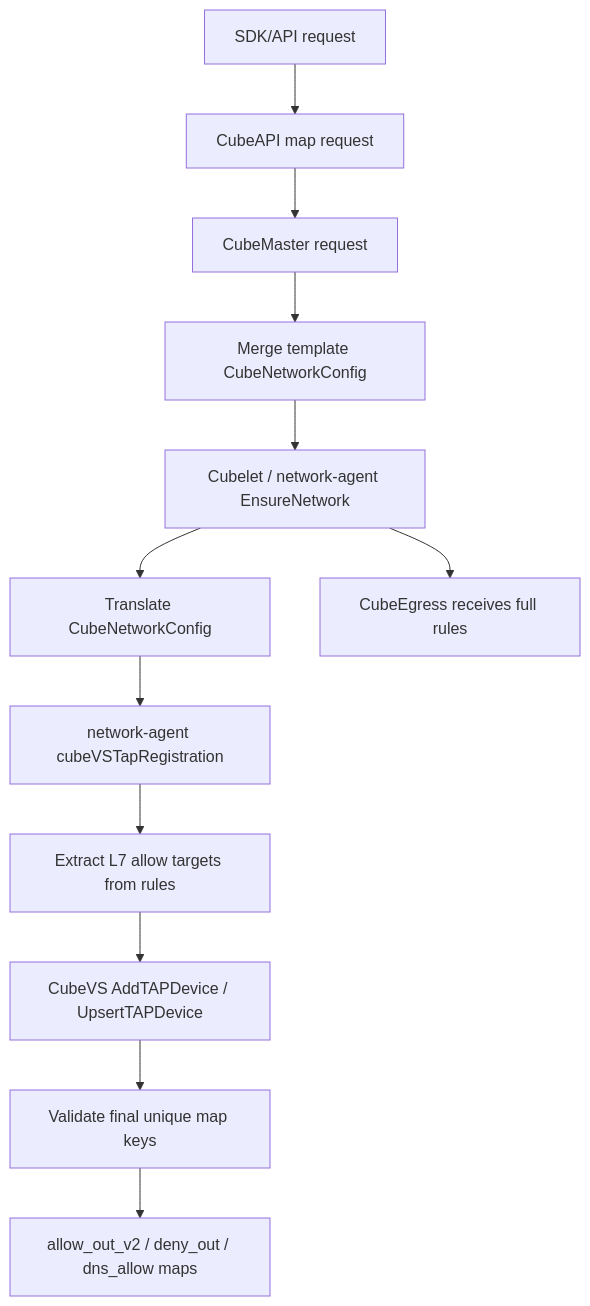
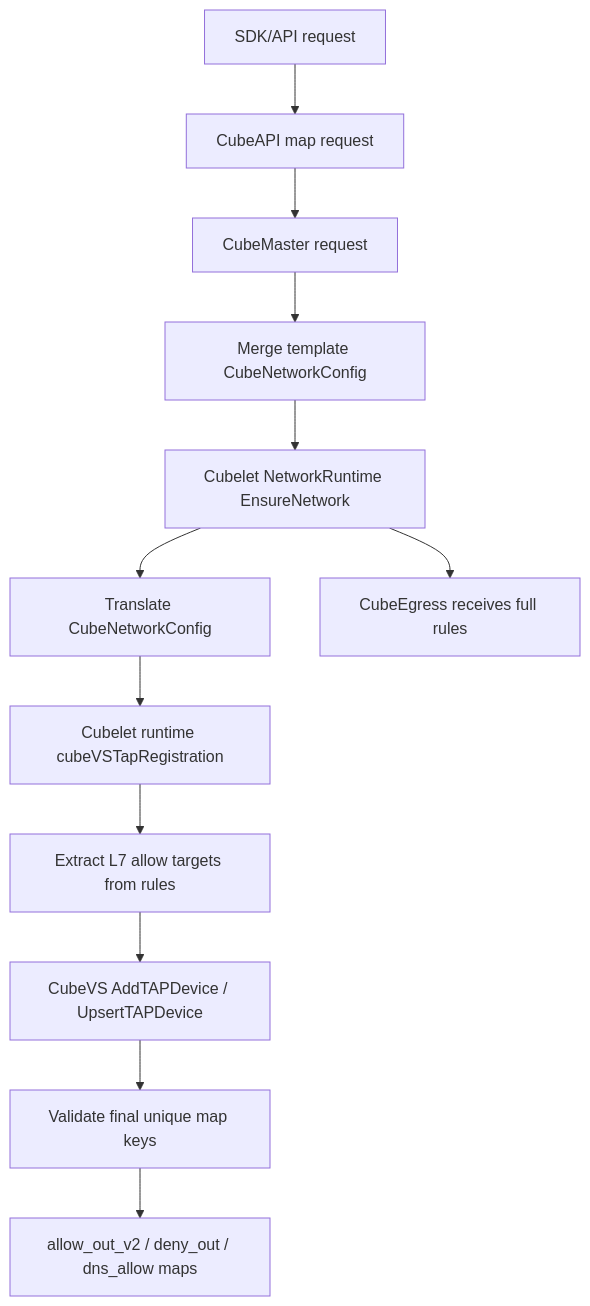
One commit to TencentCloud/CubeSandbox changed the second of 3 diagrams in docs/guide/network-policy.md. Above: the diagram before and after it, drawn with Mermaid. The commit also changed other lines of this file and 221 other files, not shown here.

````diff
--- a/docs/guide/network-policy.md
+++ b/docs/guide/network-policy.md
@@ -161,14 +161,14 @@
 ```mermaid
 flowchart TD
     A[SDK/API request] --> B[CubeAPI map request]
     B --> C[CubeMaster request]
     C --> D[Merge template CubeNetworkConfig]
-    D --> E[Cubelet / network-agent EnsureNetwork]
+    D --> E[Cubelet NetworkRuntime EnsureNetwork]
     E --> F[Translate CubeNetworkConfig]
-    F --> G[network-agent cubeVSTapRegistration]
+    F --> G[Cubelet runtime cubeVSTapRegistration]
     G --> H[Extract L7 allow targets from rules]
     H --> I[CubeVS AddTAPDevice / UpsertTAPDevice]
     I --> J[Validate final unique map keys]
     J --> K[allow_out_v2 / deny_out / dns_allow maps]
     E --> L[CubeEgress receives full rules]
 ```
````
